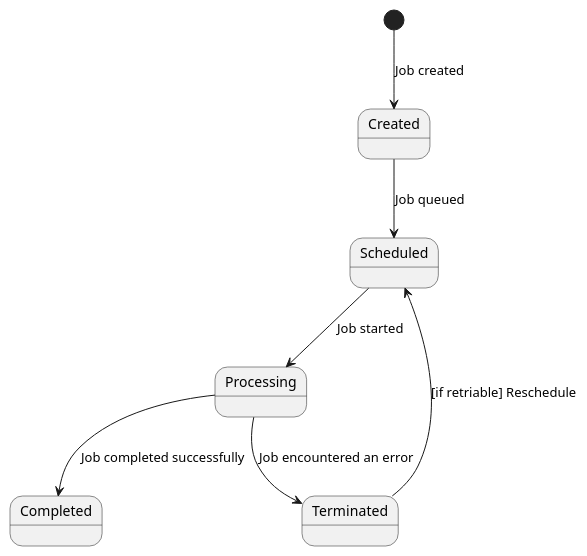
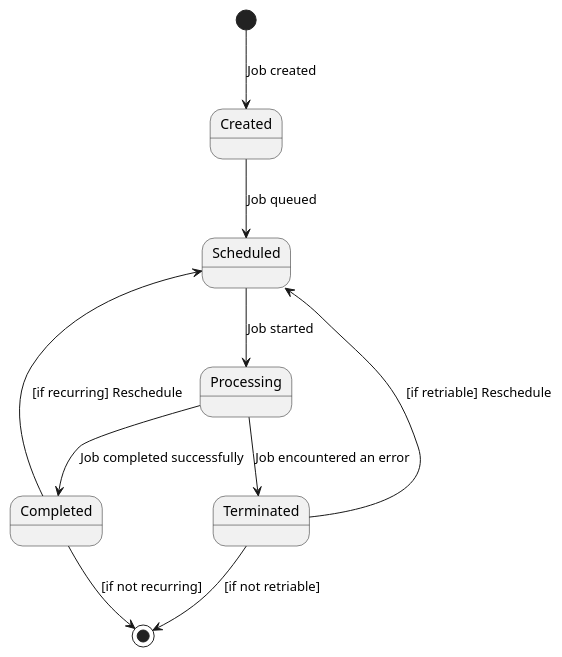
Before and after one commit to cybergarage/go-job: the diagram in doc/img/job_state.pu, drawn with PlantUML. The commit also changed 1 other file, not shown here.

```diff
--- a/doc/img/job_state.pu
+++ b/doc/img/job_state.pu
@@ -1,14 +1,17 @@
 @startuml
 [*] --> Created : Job created
 
 Created --> Scheduled : Job queued
 Scheduled --> Processing : Job started
 Processing --> Completed : Job completed successfully
 Processing --> Terminated : Job encountered an error
 Terminated --> Scheduled : [if retriable] Reschedule
+Completed --> Scheduled : [if recurring] Reschedule
+Terminated --> [*] : [if not retriable]
+Completed --> [*] : [if not recurring]
 
 ' Processing --> Cancelled : Job was cancelled
 ' Processing --> TimedOut : Job exceeded time limit
 ' TimedOut --> Scheduled : [if retriable] Reschedule
 
 @enduml
```
